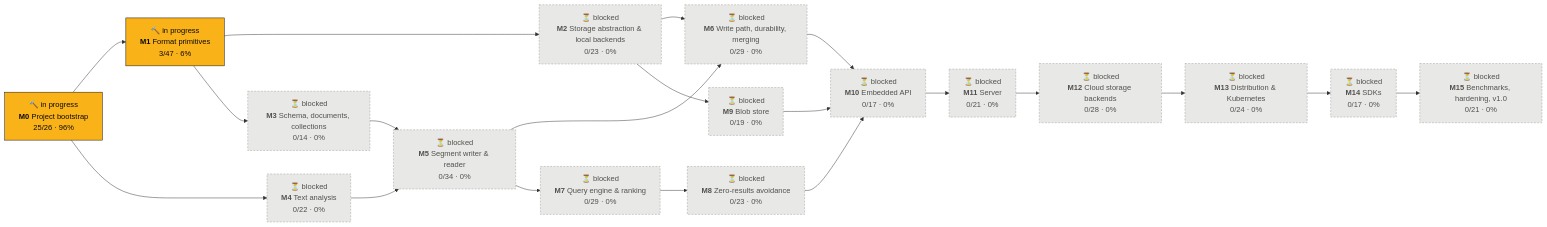
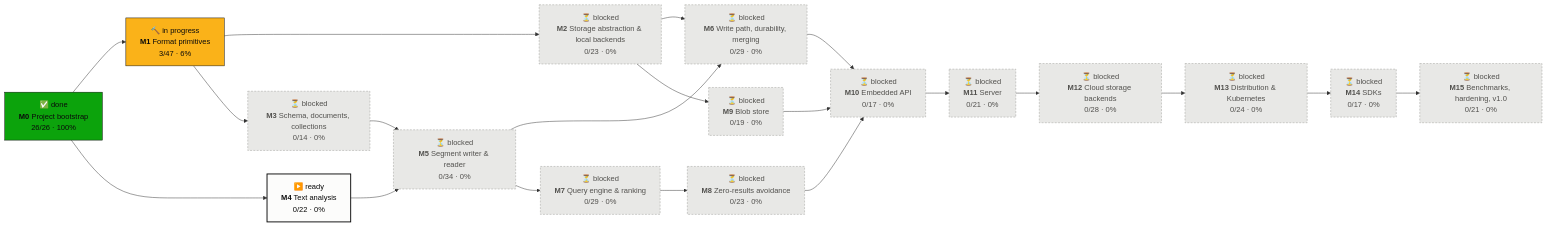
The first of 2 diagrams in PROGRESS.md (tomiok/persiaDB), drawn with Mermaid before and after one commit. The commit also changed other lines of this file and 15 other files, not shown here.

Commit message:
chore(xtask): github-setup and repo checks in Rust; remove all Python tooling (ROADMAP 0.5.3)

````diff
--- a/PROGRESS.md
+++ b/PROGRESS.md
@@ -14,42 +14,42 @@
 ```mermaid
 flowchart LR
-  M0["🔨 in progress<br/><b>M0</b> Project bootstrap<br/>25/26 · 96%"]:::doing
+  M0["✅ done<br/><b>M0</b> Project bootstrap<br/>26/26 · 100%"]:::done
   M1["🔨 in progress<br/><b>M1</b> Format primitives<br/>3/47 · 6%"]:::doing
   M2["⏳ blocked<br/><b>M2</b> Storage abstraction & local backends<br/>0/23 · 0%"]:::blocked
   M3["⏳ blocked<br/><b>M3</b> Schema, documents, collections<br/>0/14 · 0%"]:::blocked
-  M4["⏳ blocked<br/><b>M4</b> Text analysis<br/>0/22 · 0%"]:::blocked
+  M4["▶️ ready<br/><b>M4</b> Text analysis<br/>0/22 · 0%"]:::ready
   M5["⏳ blocked<br/><b>M5</b> Segment writer & reader<br/>0/34 · 0%"]:::blocked
   M6["⏳ blocked<br/><b>M6</b> Write path, durability, merging<br/>0/29 · 0%"]:::blocked
   M7["⏳ blocked<br/><b>M7</b> Query engine & ranking<br/>0/29 · 0%"]:::blocked
   M8["⏳ blocked<br/><b>M8</b> Zero-results avoidance<br/>0/23 · 0%"]:::blocked
   M9["⏳ blocked<br/><b>M9</b> Blob store<br/>0/19 · 0%"]:::blocked
   M10["⏳ blocked<br/><b>M10</b> Embedded API<br/>0/17 · 0%"]:::blocked
   M11["⏳ blocked<br/><b>M11</b> Server<br/>0/21 · 0%"]:::blocked
   M12["⏳ blocked<br/><b>M12</b> Cloud storage backends<br/>0/28 · 0%"]:::blocked
   M13["⏳ blocked<br/><b>M13</b> Distribution & Kubernetes<br/>0/24 · 0%"]:::blocked
   M14["⏳ blocked<br/><b>M14</b> SDKs<br/>0/17 · 0%"]:::blocked
   M15["⏳ blocked<br/><b>M15</b> Benchmarks, hardening, v1.0<br/>0/21 · 0%"]:::blocked
   M0 --> M1
   M1 --> M2
   M1 --> M3
   M0 --> M4
   M3 --> M5
   M4 --> M5
   M2 --> M6
   M5 --> M6
   M5 --> M7
   M7 --> M8
   M2 --> M9
   M6 --> M10
   M8 --> M10
   M9 --> M10
   M10 --> M11
   M11 --> M12
   M12 --> M13
   M13 --> M14
   M14 --> M15
   classDef done fill:#0ca30c,stroke:#0b0b0b,color:#0b0b0b
   classDef doing fill:#fab219,stroke:#0b0b0b,color:#0b0b0b
   classDef ready fill:#fcfcfb,stroke:#0b0b0b,stroke-width:2px,color:#0b0b0b
   classDef blocked fill:#e8e8e6,stroke:#9a9a96,stroke-dasharray:4 3,color:#52514e
 ```
````
